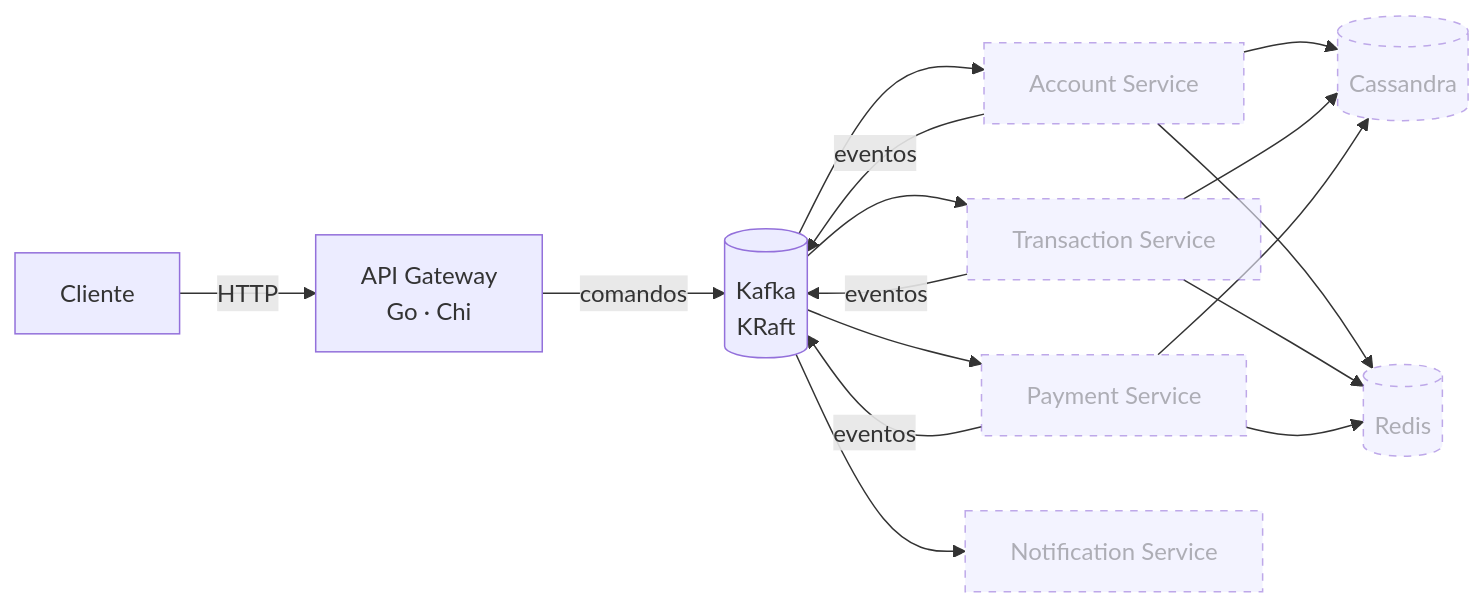
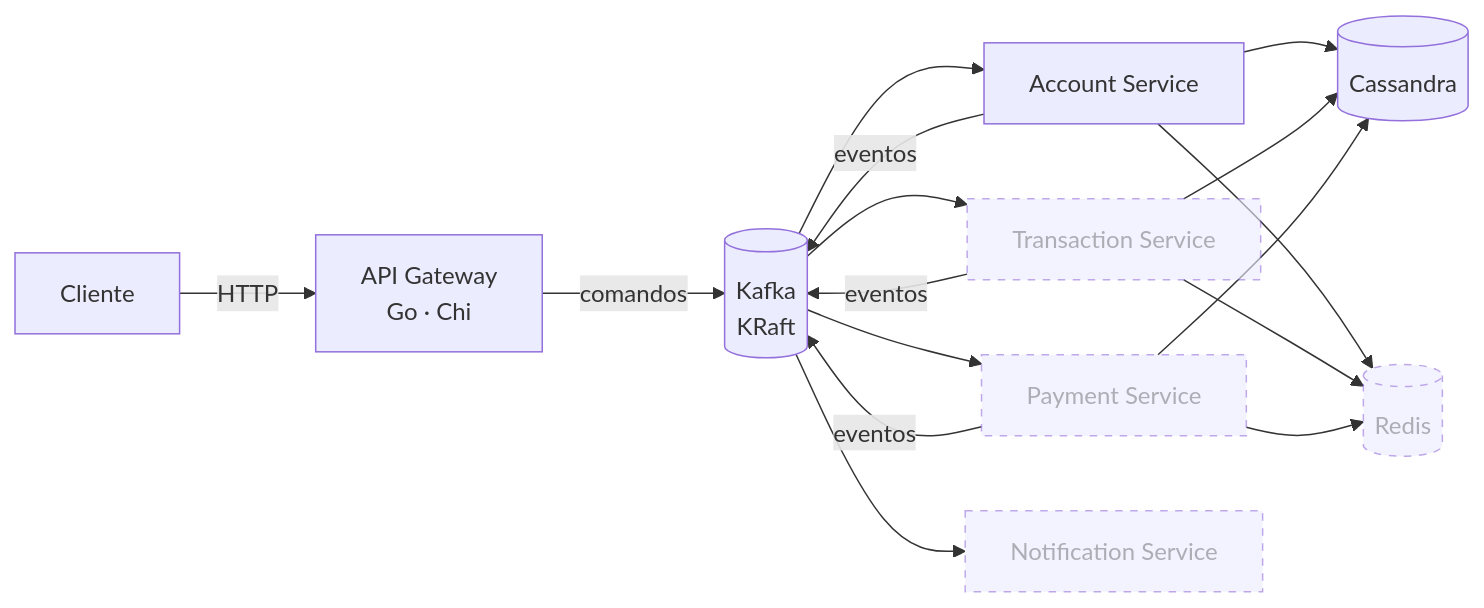
Before and after one commit to GabeSilvaDev/fintech-bank-platform: the diagram in README.pt-BR.md, drawn with Mermaid. The commit also changed other lines of this file and 2 other files, not shown here.

````diff
--- a/README.pt-BR.md
+++ b/README.pt-BR.md
@@ -24,15 +24,15 @@
 ```mermaid
 flowchart LR
     C[Cliente] -->|HTTP| GW[API Gateway<br/>Go · Chi]
     GW -->|comandos| K[(Kafka<br/>KRaft)]
     K --> A[Account Service]
     K --> T[Transaction Service]
     K --> P[Payment Service]
     K --> N[Notification Service]
     A & T & P --> CS[(Cassandra)]
     A & T & P --> R[(Redis)]
     A & T & P -->|eventos| K
 
     classDef planned stroke-dasharray: 5 5,opacity:0.6
-    class A,T,P,N,CS,R planned
+    class T,P,N,R planned
 ```
````
